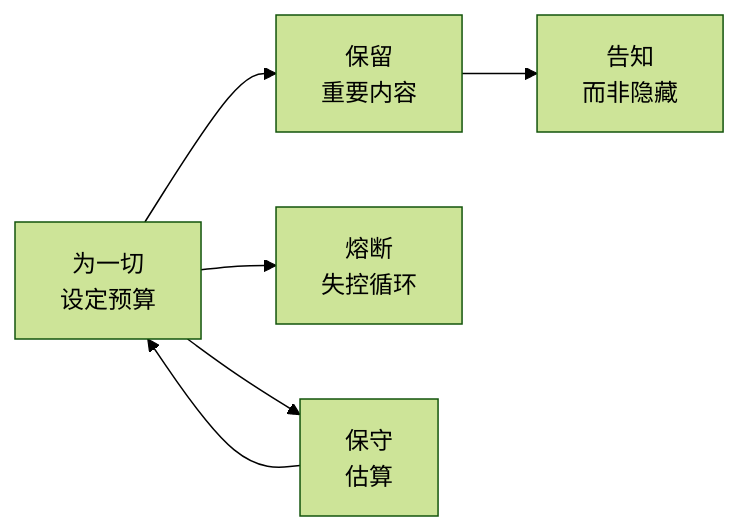
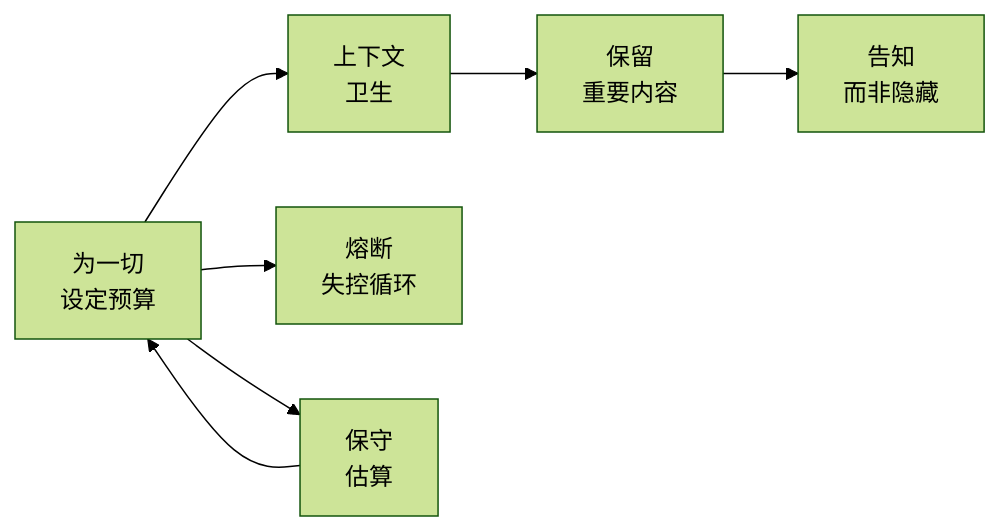
The second of 2 diagrams in book/src/part7/ch26.md (read-x/harness-engineering-from-cc-to-ai-coding), drawn with Mermaid (forest theme) before and after one commit. The commit also changed other lines of this file and 3 other files, not shown here.

````diff
--- a/book/src/part7/ch26.md
+++ b/book/src/part7/ch26.md
@@ -177,8 +190,9 @@
 ```mermaid
 graph LR
-    A["为一切<br/>设定预算"] --> B["保留<br/>重要内容"]
-    B --> C["告知<br/>而非隐藏"]
-    A --> D["熔断<br/>失控循环"]
-    A --> E["保守<br/>估算"]
-    E --> A
+    A["为一切<br/>设定预算"] --> B["上下文<br/>卫生"]
+    B --> C["保留<br/>重要内容"]
+    C --> D["告知<br/>而非隐藏"]
+    A --> E["熔断<br/>失控循环"]
+    A --> F["保守<br/>估算"]
+    F --> A
 ```
````
